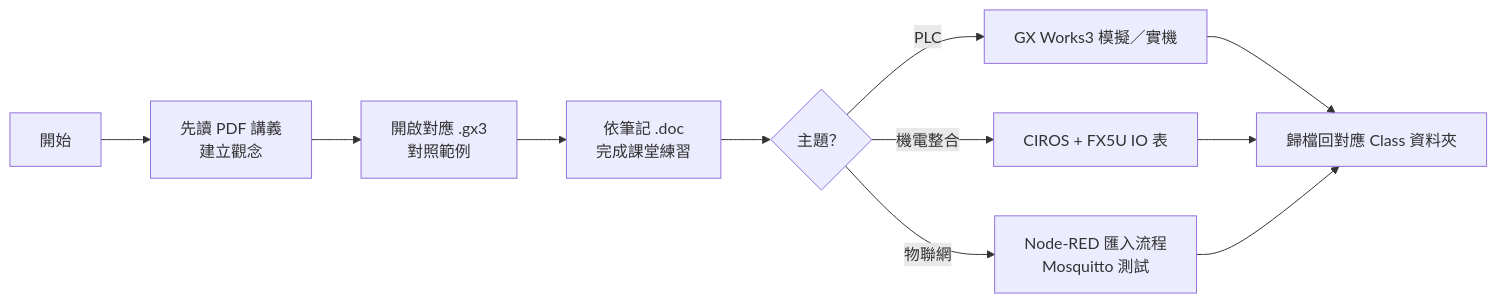
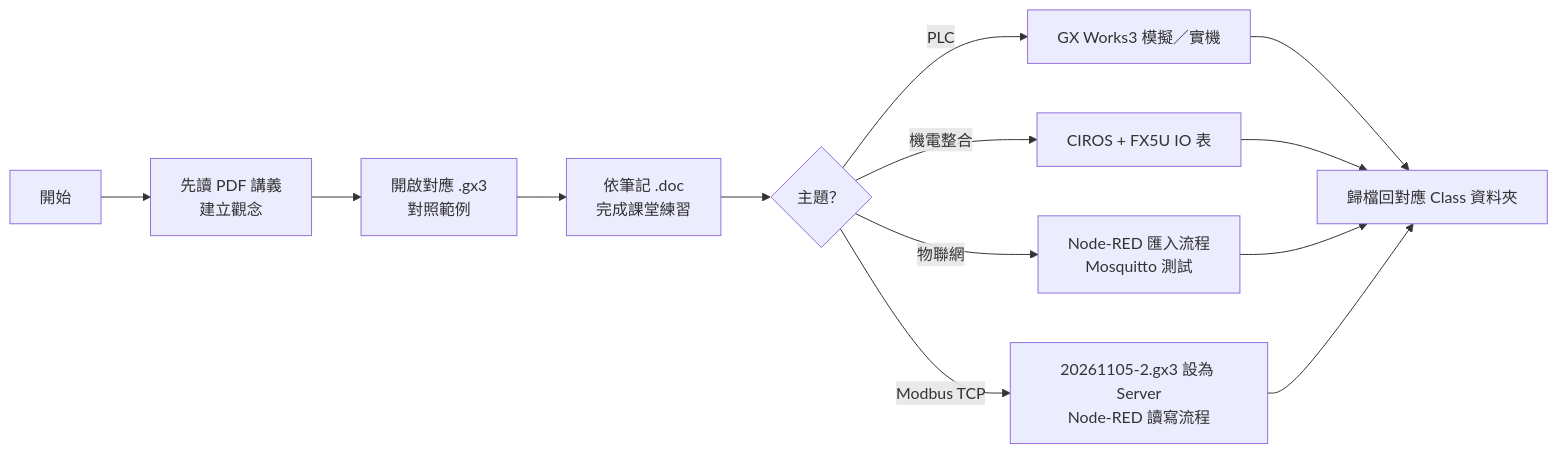
Before and after one commit to yd7148/INDUSTRY-4.0: the third of 5 diagrams in README.md, drawn with Mermaid. The commit also changed other lines of this file and 107 other files, not shown here.

Commit message:
Add Class-23-2026-11-05 course materials, class folder READMEs, course timeline SVG, playlist index

````diff
--- a/README.md
+++ b/README.md
@@ -119,13 +142,15 @@
 ```mermaid
 flowchart LR
     S["開始"] --> A["先讀 PDF 講義<br/>建立觀念"]
     A --> B["開啟對應 .gx3<br/>對照範例"]
     B --> C["依筆記 .doc<br/>完成課堂練習"]
     C --> D{"主題？"}
     D -->|PLC| E["GX Works3 模擬／實機"]
     D -->|機電整合| F["CIROS + FX5U IO 表"]
     D -->|物聯網| G["Node-RED 匯入流程<br/>Mosquitto 測試"]
-    E --> H["歸檔回對應 Class 資料夾"]
-    F --> H
-    G --> H
+    D -->|Modbus TCP| H["20261105-2.gx3 設為 Server<br/>Node-RED 讀寫流程"]
+    E --> I["歸檔回對應 Class 資料夾"]
+    F --> I
+    G --> I
+    H --> I
 ```
````
